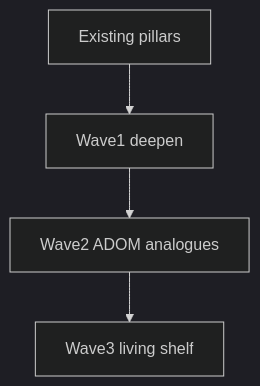
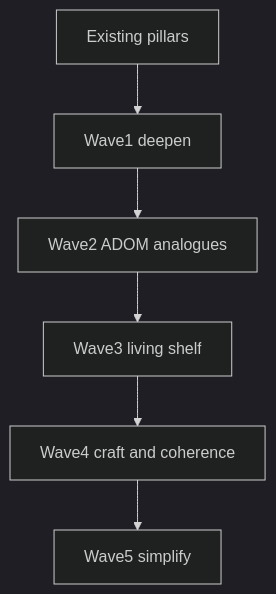
The diagram in docs/ADOM_DEPTH.md (tomaszwojcikowski/extraction-window), drawn with Mermaid (dark theme) before and after one commit. The commit also changed other lines of this file and 6 other files, not shown here.

````diff
--- a/docs/ADOM_DEPTH.md
+++ b/docs/ADOM_DEPTH.md
@@ -9,8 +9,10 @@
 ```mermaid
 flowchart TB
   pillars[Existing pillars]
   wave1[Wave1 deepen]
   wave2[Wave2 ADOM analogues]
   wave3[Wave3 living shelf]
-  pillars --> wave1 --> wave2 --> wave3
+  wave4[Wave4 craft and coherence]
+  wave5[Wave5 simplify]
+  pillars --> wave1 --> wave2 --> wave3 --> wave4 --> wave5
 ```
````
